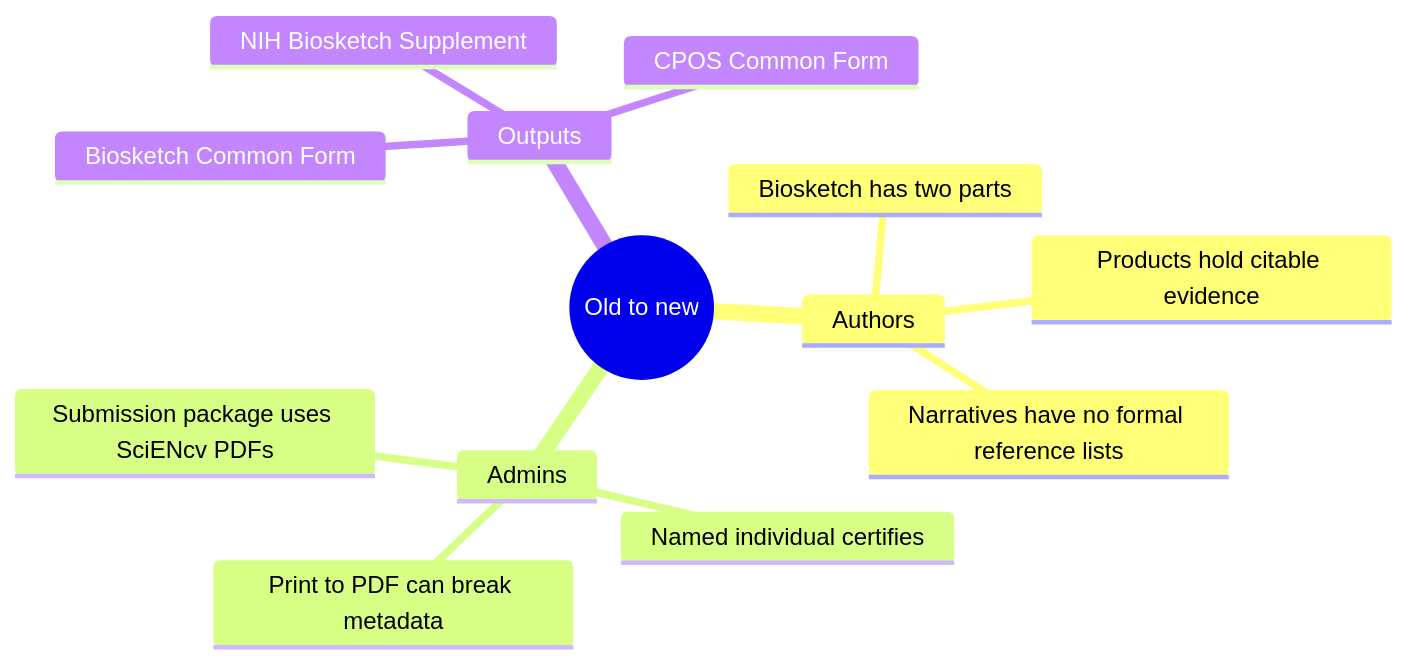
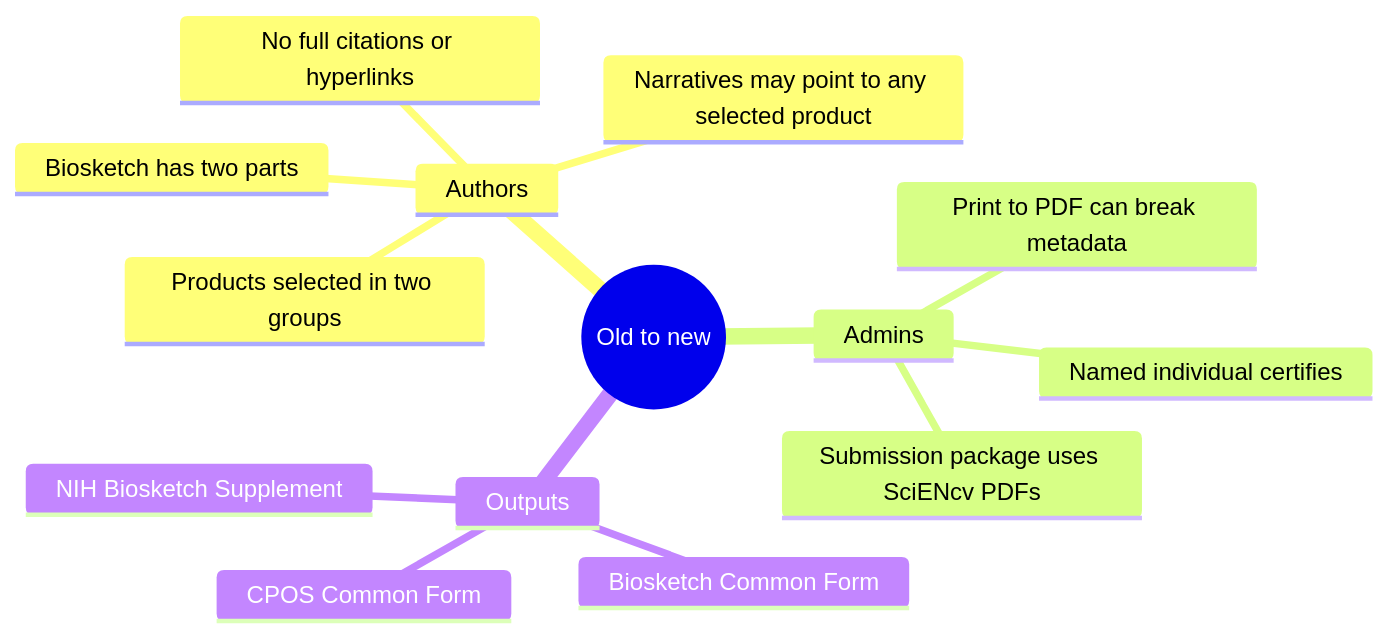
One commit to FritscheLab/nih-sciencv-playbook changed the diagram in docs/policy/what-changed.md. Above: the diagram before and after it, drawn with Mermaid. The commit also changed other lines of this file and 48 other files, not shown here.

````diff
--- a/docs/policy/what-changed.md
+++ b/docs/policy/what-changed.md
@@ -15,16 +16,17 @@
 ```mermaid
 mindmap
   root((Old to new))
     Authors
       Biosketch has two parts
-      Products hold citable evidence
-      Narratives have no formal reference lists
+      Products selected in two groups
+      Narratives may point to any selected product
+      No full citations or hyperlinks
     Admins
       Named individual certifies
       Print to PDF can break metadata
       Submission package uses SciENcv PDFs
     Outputs
       Biosketch Common Form
       NIH Biosketch Supplement
       CPOS Common Form
 ```
````
